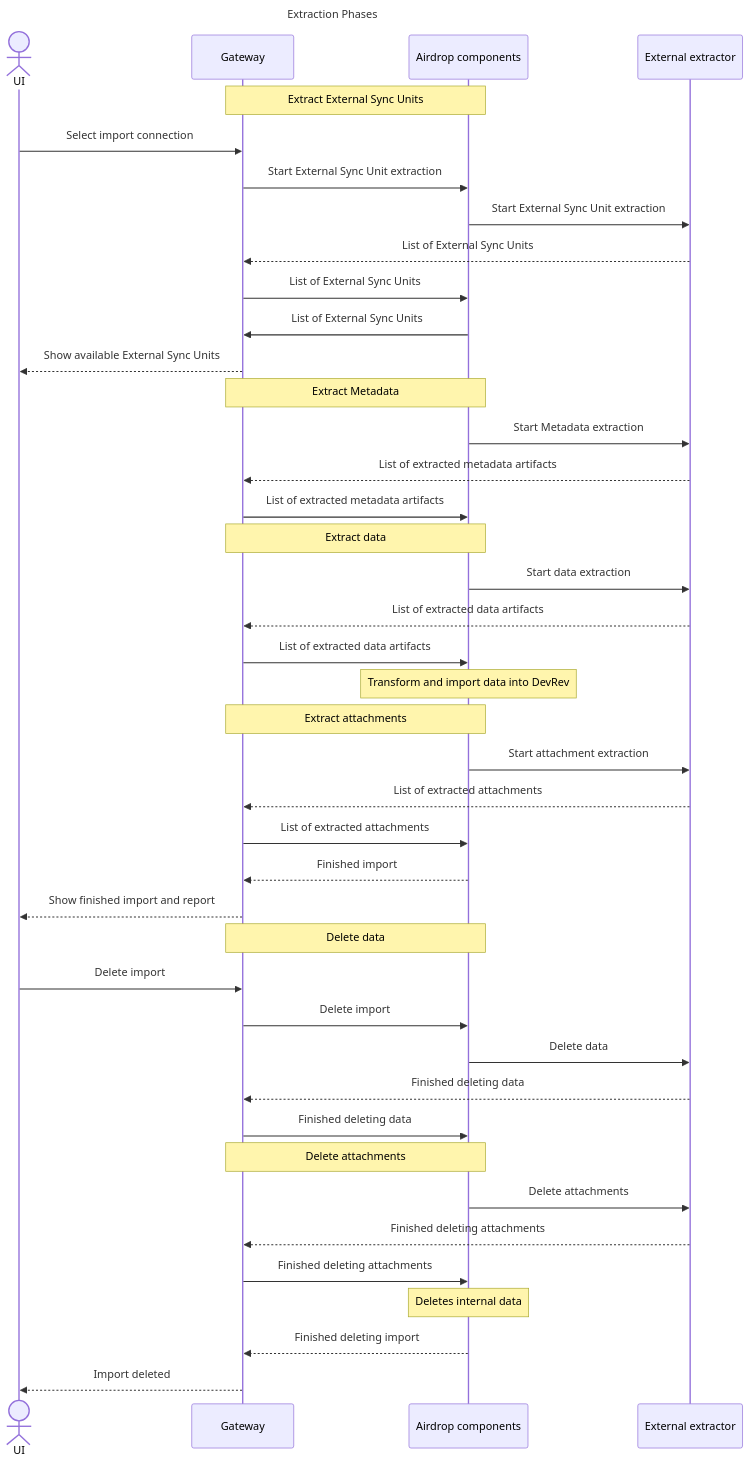
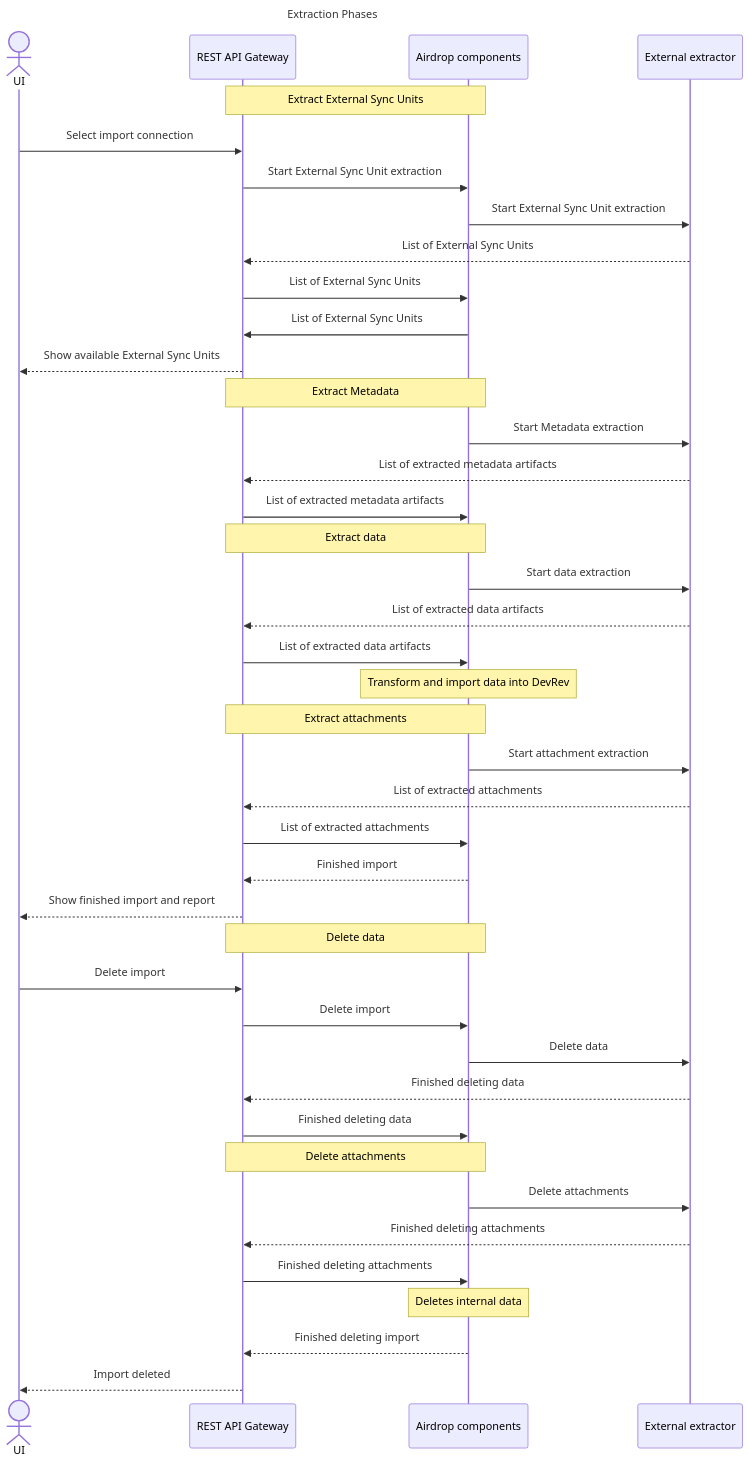
The diagram in fern/docs/img/adaas/adaas-extraction-phases.mmd (devrev/fern-api-docs), drawn with Mermaid before and after one commit. The commit also changed 1 other file, not shown here.

```diff
--- a/fern/docs/img/adaas/adaas-extraction-phases.mmd
+++ b/fern/docs/img/adaas/adaas-extraction-phases.mmd
@@ -1,53 +1,53 @@
 ---
 title: Extraction Phases
 ---
 sequenceDiagram
   actor user as UI
-  participant gw as Gateway
+  participant gw as REST API Gateway
   participant ad as Airdrop components
   participant ee as External extractor
 
 	note over gw,ad: Extract External Sync Units
 	user ->> gw: Select import connection
 	gw ->> ad: Start External Sync Unit extraction
 	ad ->> ee: Start External Sync Unit extraction
 	ee -->> gw: List of External Sync Units
 	gw ->> ad: List of External Sync Units
 	ad ->> gw: List of External Sync Units
 	gw -->> user: Show available External Sync Units
 
 
 	note over gw,ad: Extract Metadata
 	ad ->> ee: Start Metadata extraction
 	ee -->> gw: List of extracted metadata artifacts
 	gw ->> ad: List of extracted metadata artifacts
 
 	note over gw,ad: Extract data
 	ad ->> ee: Start data extraction
 	ee -->> gw: List of extracted data artifacts
 	gw ->> ad: List of extracted data artifacts
 
 	note over ad: Transform and import data into DevRev
 
 	note over gw,ad: Extract attachments
 	ad ->> ee: Start attachment extraction
 	ee -->> gw: List of extracted attachments
 	gw ->> ad: List of extracted attachments
 
 	ad -->> gw: Finished import
 	gw -->> user: Show finished import and report
 
 	note over gw,ad: Delete data
 	user ->> gw: Delete import
 	gw ->> ad: Delete import
 	ad ->> ee: Delete data
 	ee -->> gw: Finished deleting data
 	gw ->> ad: Finished deleting data
 
 	note over gw,ad: Delete attachments
 	ad ->> ee: Delete attachments
 	ee -->> gw: Finished deleting attachments
 	gw ->> ad: Finished deleting attachments
 	note over ad: Deletes internal data
 	ad -->> gw: Finished deleting import
 	gw -->> user: Import deleted
```
